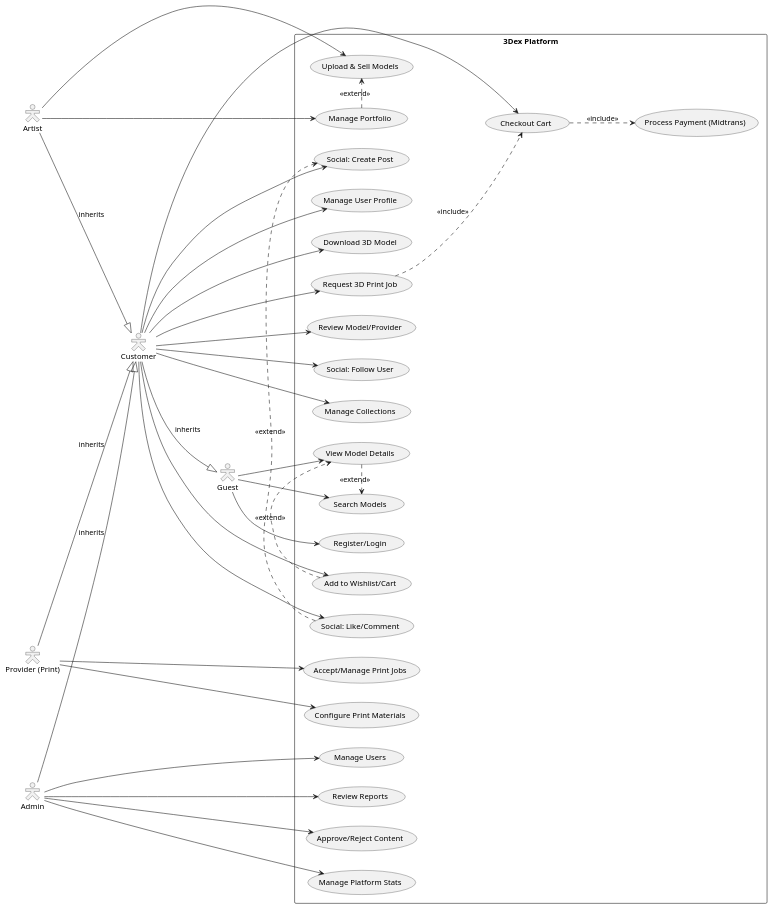
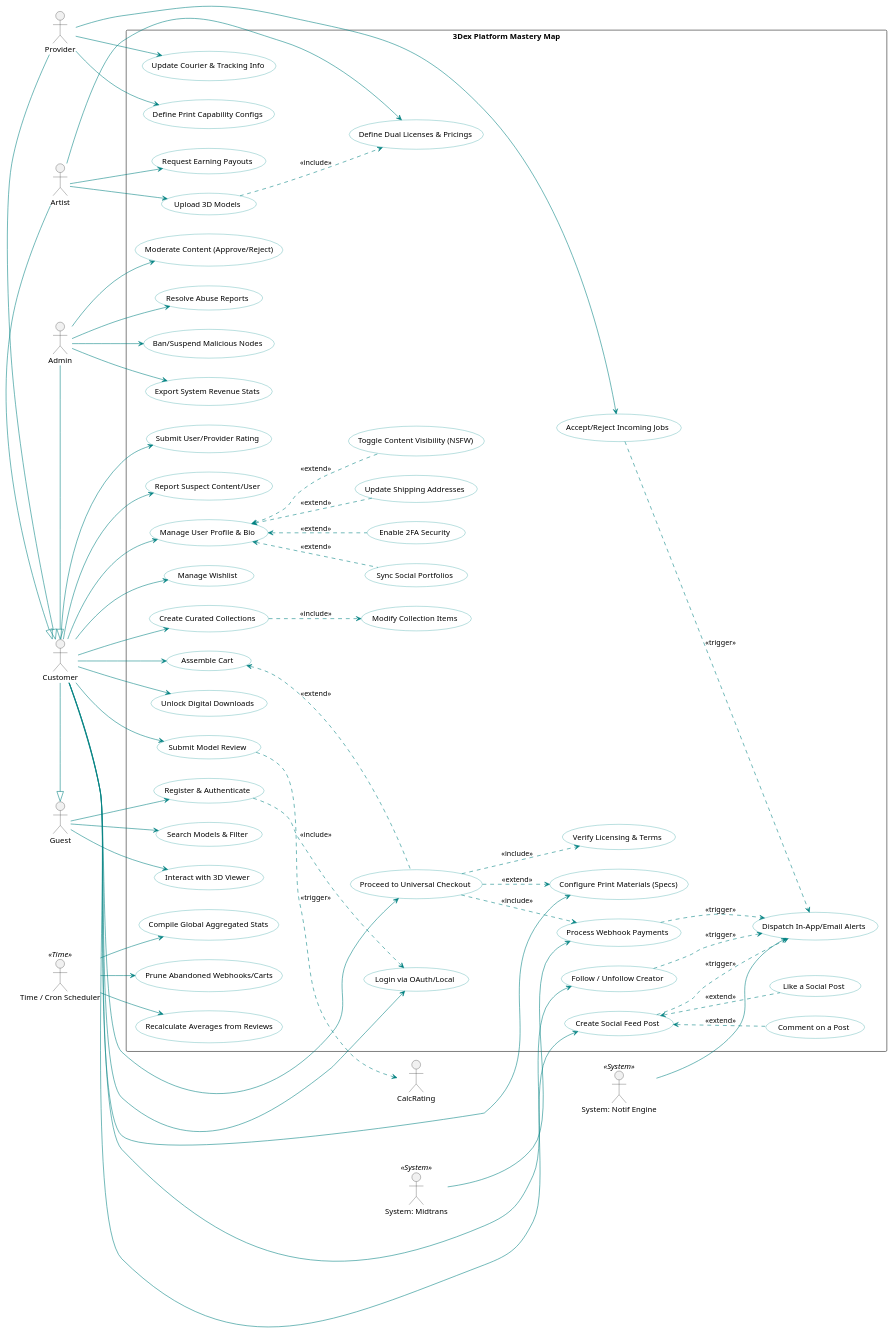
The diagram in docs/diagrams/plant_usecase.puml (Schryzon/3Dex), drawn with PlantUML before and after one commit. The commit also changed 4 other files, not shown here.

Commit message:
docs: update core diagram architecture and testing schemas

```diff
--- a/docs/diagrams/plant_usecase.puml
+++ b/docs/diagrams/plant_usecase.puml
@@ -1,82 +1,161 @@
 @startuml
 left to right direction
 skinparam packageStyle rectangle
-skinparam actorStyle hollow
-
-actor "Guest" as guest
-actor "Customer" as customer
-actor "Artist" as artist
-actor "Provider (Print)" as provider
-actor "Admin" as admin
-
-customer --|> guest : " inherits"
-artist --|> customer : " inherits"
-provider --|> customer : " inherits"
-admin --|> customer : " inherits"
-
-rectangle "3Dex Platform" {
-  
-  usecase "Register/Login" as UC_Auth
-  usecase "Search Models" as UC_Search
-  usecase "View Model Details" as UC_View
-  
-  UC_View .> UC_Search : <<extend>>
-
-  usecase "Manage User Profile" as UC_Profile
-  usecase "Add to Wishlist/Cart" as UC_Cart
-  usecase "Checkout Cart" as UC_Checkout
-  usecase "Process Payment (Midtrans)" as UC_Pay
-  usecase "Download 3D Model" as UC_Download
-  usecase "Request 3D Print Job" as UC_PrintJob
-  usecase "Review Model/Provider" as UC_Review
-  usecase "Social: Follow User" as UC_Follow
-  usecase "Social: Create Post" as UC_Post
-  usecase "Social: Like/Comment" as UC_Interact
-  usecase "Manage Collections" as UC_Collection
-
-  UC_Checkout ..> UC_Pay : <<include>>
-  UC_PrintJob ..> UC_Checkout : <<include>>
-
-  UC_Cart .> UC_View : <<extend>>
-  UC_Interact .> UC_Post : <<extend>>
-
-  usecase "Upload & Sell Models" as UC_Upload
-  usecase "Manage Portfolio" as UC_Portfolio
-  UC_Portfolio .> UC_Upload : <<extend>>
-
-  usecase "Accept/Manage Print Jobs" as UC_AcceptPrint
-  usecase "Configure Print Materials" as UC_ConfigPrint
-
-  usecase "Approve/Reject Content" as UC_Approve
-  usecase "Manage Platform Stats" as UC_Stats
-  usecase "Manage Users" as UC_ManageUsers
-  usecase "Review Reports" as UC_Reports
+skinparam usecase {
+    BackgroundColor White
+    BorderColor DarkCyan
+    ArrowColor Teal
+    ActorBorderColor MidnightBlue
 }
 
-guest --> UC_Auth
-guest --> UC_Search
-guest --> UC_View
+' ======================= Actors =======================
+actor "Guest" as Guest
+actor "Customer" as Customer
+actor "Artist" as Artist
+actor "Provider" as Provider
+actor "Admin" as Admin
 
-customer --> UC_Profile
-customer --> UC_Cart
-customer --> UC_Checkout
-customer --> UC_Download
-customer --> UC_PrintJob
-customer --> UC_Review
-customer --> UC_Follow
-customer --> UC_Post
-customer --> UC_Interact
-customer --> UC_Collection
+' Non-Human Actors
+actor "System: Midtrans" as Gateway <<System>>
+actor "System: Notif Engine" as Notif <<System>>
+actor "Time / Cron Scheduler" as Time <<Time>>
 
-artist --> UC_Upload
-artist --> UC_Portfolio
+' Inheritance
+Customer -|> Guest
+Artist -|> Customer
+Provider -|> Customer
+Admin -|> Customer
 
-provider --> UC_AcceptPrint
-provider --> UC_ConfigPrint
+' ======================= Platform =======================
+package "3Dex Platform Mastery Map" {
+    
+    ' ======= Auth Phase =======
+    usecase "Register & Authenticate" as UC_Auth
+    usecase "Login via OAuth/Local" as UC_Login
+    usecase "Enable 2FA Security" as UC_2FA
 
-admin --> UC_Approve
-admin --> UC_Stats
-admin --> UC_ManageUsers
-admin --> UC_Reports
+    ' ======= Profile Phase =======
+    usecase "Manage User Profile & Bio" as UC_Profile
+    usecase "Update Shipping Addresses" as UC_Address
+    usecase "Toggle Content Visibility (NSFW)" as UC_NSFW
+    usecase "Sync Social Portfolios" as UC_SocialLinks
+
+    ' ======= Browsing =======
+    usecase "Search Models & Filter" as UC_Search
+    usecase "Interact with 3D Viewer" as UC_Viewer
+
+    ' ======= Interactions =======
+    usecase "Manage Wishlist" as UC_Wishlist
+    usecase "Create Curated Collections" as UC_Collection
+    usecase "Modify Collection Items" as UC_CollectionItems
+
+    ' ======= E-Commerce Flow =======
+    usecase "Assemble Cart" as UC_Cart
+    usecase "Configure Print Materials (Specs)" as UC_PrintJob
+    usecase "Proceed to Universal Checkout" as UC_Checkout
+    usecase "Verify Licensing & Terms" as UC_License
+    usecase "Process Webhook Payments" as UC_Webhook
+    usecase "Unlock Digital Downloads" as UC_Download
+
+    ' ======= Social Networking =======
+    usecase "Follow / Unfollow Creator" as UC_Follow
+    usecase "Create Social Feed Post" as UC_Post
+    usecase "Like a Social Post" as UC_Like
+    usecase "Comment on a Post" as UC_Comment
+
+    ' ======= Trust & Safety =======
+    usecase "Submit Model Review" as UC_ReviewModel
+    usecase "Submit User/Provider Rating" as UC_ReviewUser
+    usecase "Report Suspect Content/User" as UC_Report
+
+    ' ======= Artist Specific =======
+    usecase "Upload 3D Models" as UC_Upload
+    usecase "Define Dual Licenses & Pricings" as UC_Pricing
+    usecase "Request Earning Payouts" as UC_Payout
+
+    ' ======= Provider Specific =======
+    usecase "Accept/Reject Incoming Jobs" as UC_ReceivePrint
+    usecase "Define Print Capability Configs" as UC_ConfigPrint
+    usecase "Update Courier & Tracking Info" as UC_Tracking
+
+    ' ======= Admin Specific =======
+    usecase "Moderate Content (Approve/Reject)" as UC_Approve
+    usecase "Resolve Abuse Reports" as UC_ResolveReport
+    usecase "Ban/Suspend Malicious Nodes" as UC_Ban
+    usecase "Export System Revenue Stats" as UC_StatsAdmin
+
+    ' ======= Automated System/Time =======
+    usecase "Compile Global Aggregated Stats" as UC_CronStats
+    usecase "Prune Abandoned Webhooks/Carts" as UC_CronPay
+    usecase "Recalculate Averages from Reviews" as UC_CalcRating
+    usecase "Dispatch In-App/Email Alerts" as UC_Notify
+}
+
+' ======================= Connections =======================
+Guest --> UC_Auth
+Guest --> UC_Search
+Guest --> UC_Viewer
+
+Customer --> UC_Login
+Customer --> UC_Profile
+Customer --> UC_Wishlist
+Customer --> UC_Cart
+Customer --> UC_PrintJob
+Customer --> UC_Checkout
+Customer --> UC_Download
+Customer --> UC_Follow
+Customer --> UC_Post
+Customer --> UC_ReviewModel
+Customer --> UC_ReviewUser
+Customer --> UC_Report
+Customer --> UC_Collection
+
+Artist --> UC_Upload
+Artist --> UC_Pricing
+Artist --> UC_Payout
+
+Provider --> UC_ConfigPrint
+Provider --> UC_ReceivePrint
+Provider --> UC_Tracking
+
+Admin --> UC_Approve
+Admin --> UC_ResolveReport
+Admin --> UC_Ban
+Admin --> UC_StatsAdmin
+
+' Includes and Extends
+UC_Auth ..> UC_Login : <<include>>
+UC_Profile <.. UC_Address : <<extend>>
+UC_Profile <.. UC_NSFW : <<extend>>
+UC_Profile <.. UC_SocialLinks : <<extend>>
+UC_Profile <.. UC_2FA : <<extend>>
+
+UC_Collection ..> UC_CollectionItems : <<include>>
+
+UC_Post <.. UC_Like : <<extend>>
+UC_Post <.. UC_Comment : <<extend>>
+
+UC_Cart <.. UC_Checkout : <<extend>>
+UC_Checkout ..> UC_License : <<include>>
+UC_Checkout ..> UC_PrintJob : <<extend>>
+
+UC_Upload ..> UC_Pricing : <<include>>
+
+' System Webhook Triggers
+Gateway --> UC_Webhook
+UC_Checkout ..> UC_Webhook : <<include>>
+UC_Webhook ..> UC_Notify : <<trigger>>
+
+' Notification Engine Triggers
+Notif --> UC_Notify
+UC_Follow ..> UC_Notify : <<trigger>>
+UC_Post ..> UC_Notify : <<trigger>>
+UC_ReceivePrint ..> UC_Notify : <<trigger>>
+UC_ReviewModel ..> CalcRating : <<trigger>>
+
+' Time Actor Triggers
+Time --> UC_CronStats
+Time --> UC_CronPay
+Time --> UC_CalcRating
 
 @enduml
```
